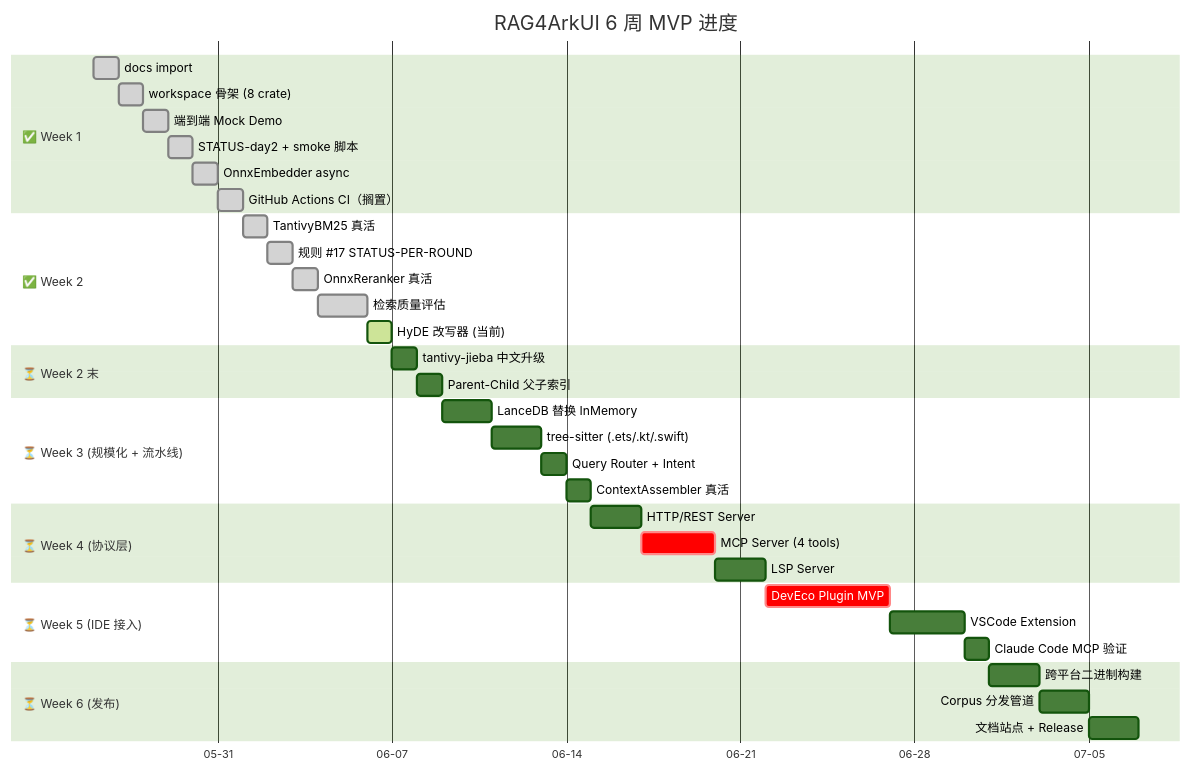
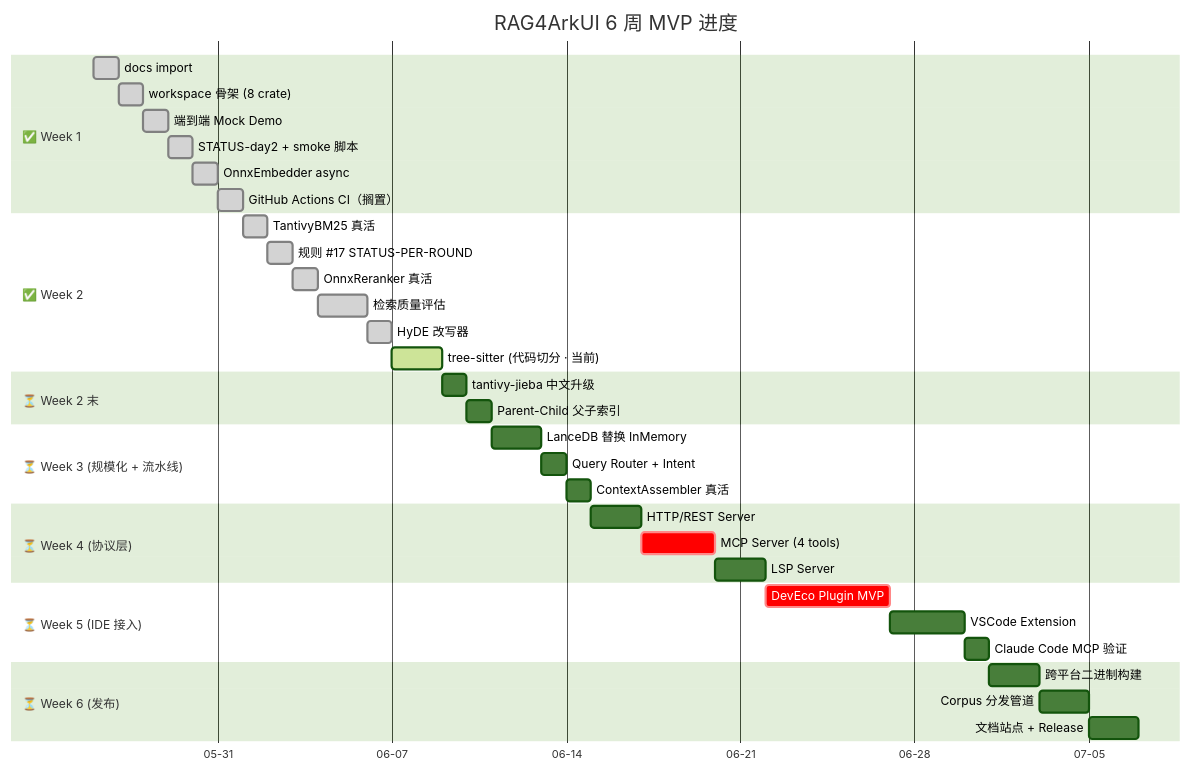
Before and after one commit to LeoG1022/RAG4ArkUI: the diagram in docs/ROADMAP.md, drawn with Mermaid (forest theme). The commit also changed other lines of this file and 21 other files, not shown here.

First line of the commit message:
feat(chunker,indexer,cli): tree-sitter ArkTS/TS code chunking + Dispatcher (Day 10)

````diff
--- a/docs/ROADMAP.md
+++ b/docs/ROADMAP.md
@@ -22,46 +22,46 @@
 ```mermaid
 gantt
     title RAG4ArkUI 6 周 MVP 进度
     dateFormat YYYY-MM-DD
     axisFormat %m-%d
 
     section ✅ Week 1
     docs import                    :done,    d0, 2026-05-26, 1d
     workspace 骨架 (8 crate)         :done,    d1, after d0, 1d
     端到端 Mock Demo                 :done,    d2, after d1, 1d
     STATUS-day2 + smoke 脚本         :done,    d25, after d2, 1d
     OnnxEmbedder async              :done,    d3, after d25, 1d
     GitHub Actions CI（搁置）       :done,    d35, after d3, 1d
 
     section ✅ Week 2
     TantivyBM25 真活                 :done,    d4, after d35, 1d
     规则 #17 STATUS-PER-ROUND       :done,    bsr, after d4, 1d
     OnnxReranker 真活                :done,    d5, after bsr, 1d
     检索质量评估                     :done,    d6, after d5, 2d
-    HyDE 改写器 (当前)               :active,  d7, after d6, 1d
+    HyDE 改写器                      :done,    d7, after d6, 1d
+    tree-sitter (代码切分 · 当前)    :active,  d10, after d7, 2d
 
     section ⏳ Week 2 末
-    tantivy-jieba 中文升级           :         d8, after d7, 1d
+    tantivy-jieba 中文升级           :         d8, after d10, 1d
     Parent-Child 父子索引            :         d11, after d8, 1d
 
     section ⏳ Week 3 (规模化 + 流水线)
     LanceDB 替换 InMemory           :         d9, after d11, 2d
-    tree-sitter (.ets/.kt/.swift)    :         d10, after d9, 2d
-    Query Router + Intent           :         d12, after d10, 1d
+    Query Router + Intent           :         d12, after d9, 1d
     ContextAssembler 真活            :         d13, after d12, 1d
 
     section ⏳ Week 4 (协议层)
     HTTP/REST Server                :         d14, after d13, 2d
     MCP Server (4 tools)            :crit,    d15, after d14, 3d
     LSP Server                      :         d16, after d15, 2d
 
     section ⏳ Week 5 (IDE 接入)
     DevEco Plugin MVP               :crit,    d17, after d16, 5d
     VSCode Extension                :         d18, after d17, 3d
     Claude Code MCP 验证            :         d19, after d18, 1d
 
     section ⏳ Week 6 (发布)
     跨平台二进制构建                  :         d20, after d19, 2d
     Corpus 分发管道                 :         d21, after d20, 2d
     文档站点 + Release              :         d22, after d21, 2d
 ```
````
